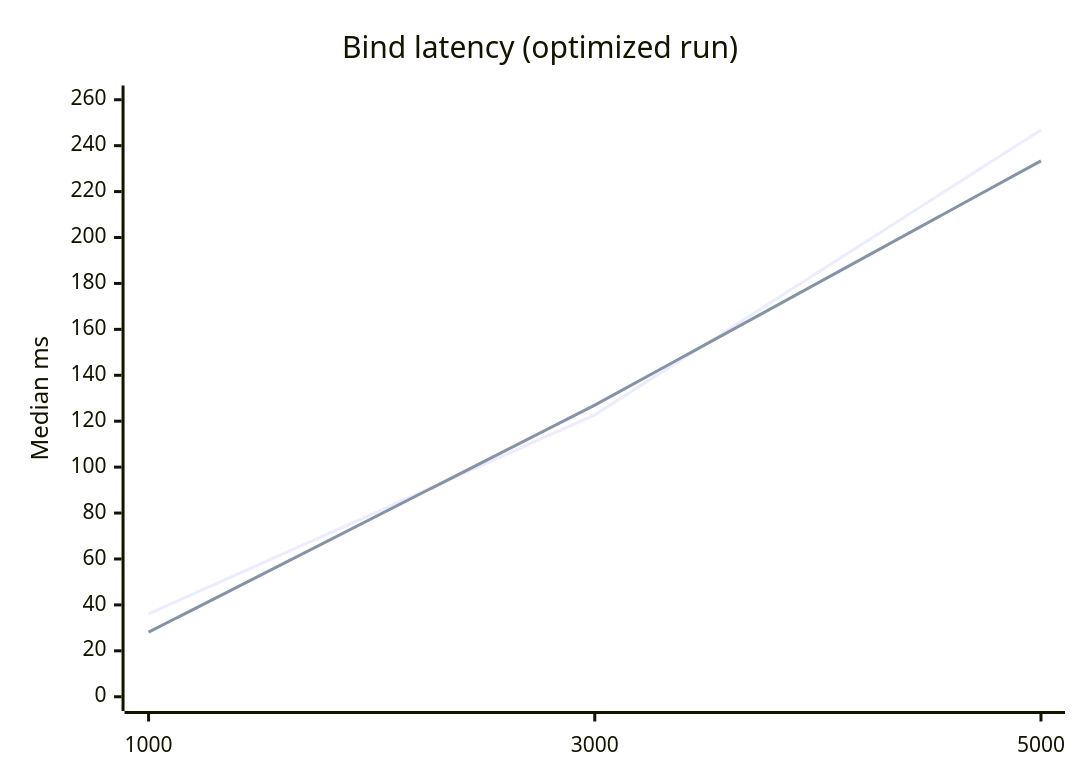
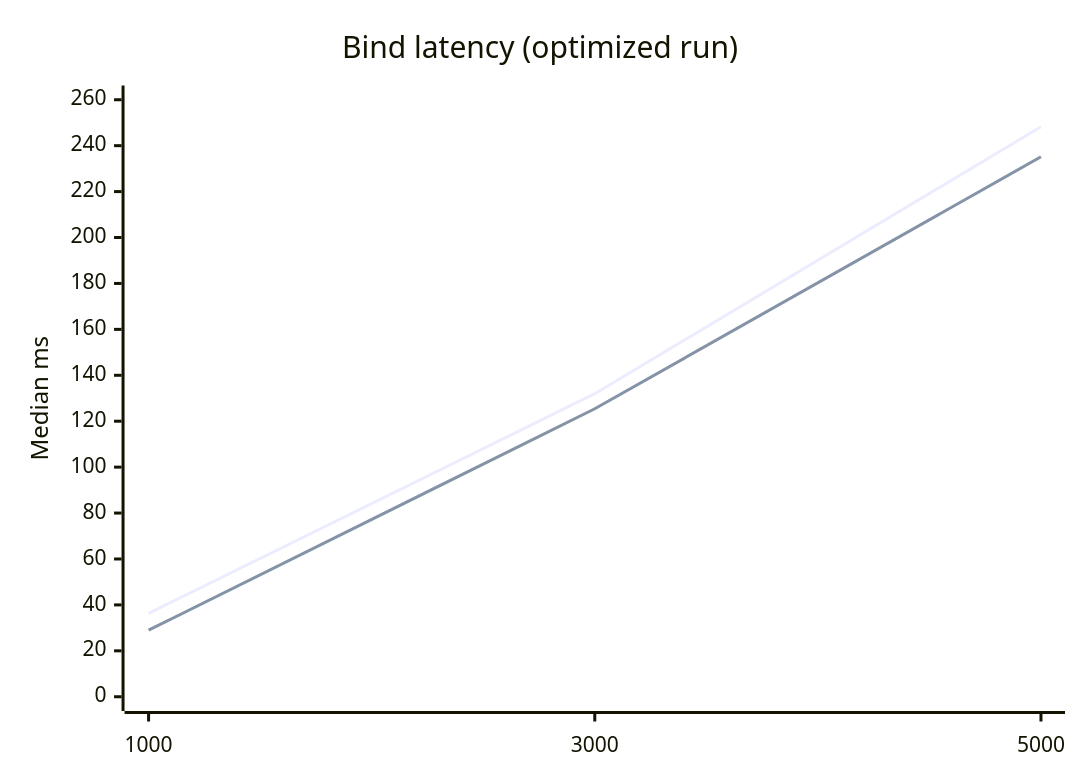
One commit to robert-sanders-software-ontwikkeling/rs-x changed the second of 7 diagrams in reports/rsx-spa-performance/README.md. Above: the diagram before and after it, drawn with Mermaid. The commit also changed other lines of this file and 3 other files, not shown here.

````diff
--- a/reports/rsx-spa-performance/README.md
+++ b/reports/rsx-spa-performance/README.md
@@ -94,8 +94,8 @@
 ```mermaid
 xychart-beta
   title "Bind latency (optimized run)"
   x-axis [1000, 3000, 5000]
   y-axis "Median ms" 0 --> 260
-  line [36.083, 122.775, 246.867]
-  line [28.126, 127.011, 233.404]
+  line [36.289, 131.995, 248.212]
+  line [28.992, 125.418, 235.166]
 ```
````
